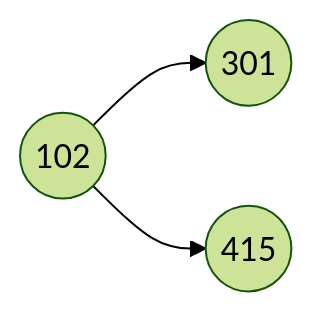
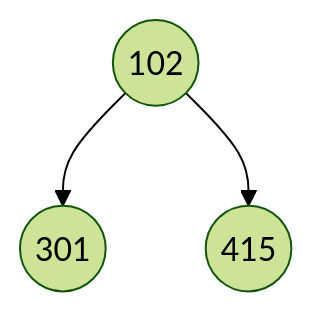
The diagram in graphs.md (HououinOlaf/mineria-de-datos), drawn with Mermaid (forest theme) before and after one commit.

Commit message:
Change flowchart direction from LR to TD

````diff
--- a/graphs.md
+++ b/graphs.md
@@ -2,5 +2,5 @@
 ```mermaid
-flowchart LR
+flowchart TD
     102((102))-->301((301))
     102((102))-->415((415))
 ```
````
